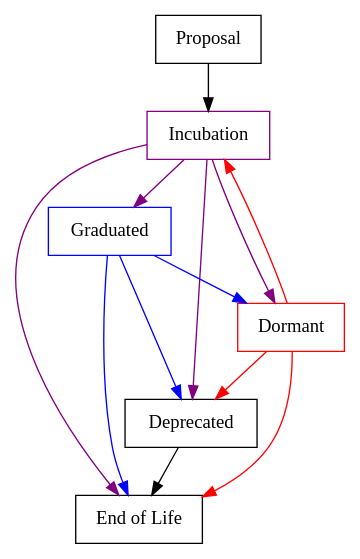
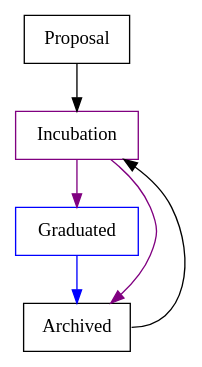
One commit to hyperledger/toc changed the diagram in governing-documents/project-lifecycle.gv. Above: the diagram before and after it, drawn with Graphviz. The commit also changed 2 other files, not shown here.

```diff
--- a/governing-documents/project-lifecycle.gv
+++ b/governing-documents/project-lifecycle.gv
@@ -1,16 +1,12 @@
 digraph lifecycle {
   node [shape=box]
-  EndOfLife [label="End of Life"]
-  //rank=same; Proposal; Incubation; Graduated; Dormant; Deprecated; EndOfLife;
-  Proposal -> Incubation
+  // rank=same; Proposal; Incubation; Graduated;
+  Proposal -> Incubation [weight=1]
   Incubation [color=purple];
-  Incubation -> Graduated [color = purple];
+  Incubation -> Graduated [color=purple, weight=1];
+  Incubation -> Archived [color=purple, weight=0];
   Graduated [color=blue];
-  Graduated -> Dormant [color = blue];
-  Dormant [color=red];
-  Dormant -> Deprecated [color = red];
-  Deprecated -> EndOfLife;
-  Incubation -> { Dormant Deprecated EndOfLife } [color = purple];
-  Graduated -> { Deprecated EndOfLife } [color = blue];
-  Dormant -> { Incubation EndOfLife } [color = red];
+  Graduated -> Archived [color = blue, weight=1];
+  Archived [color=black];
+  Archived:e -> Incubation [weight=0];
 }
```
